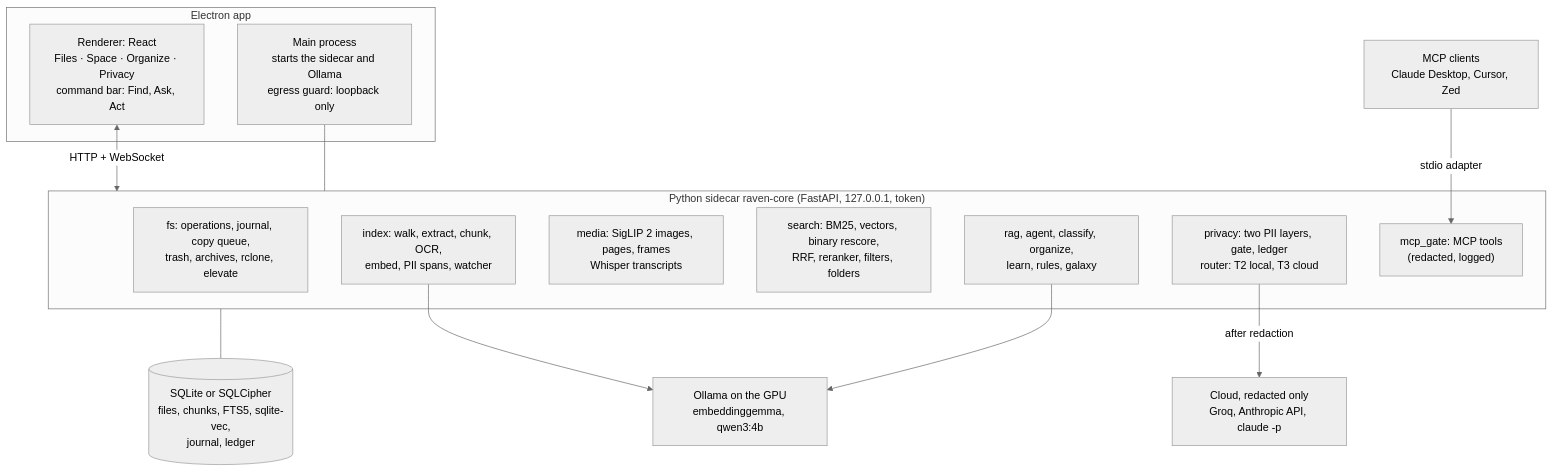
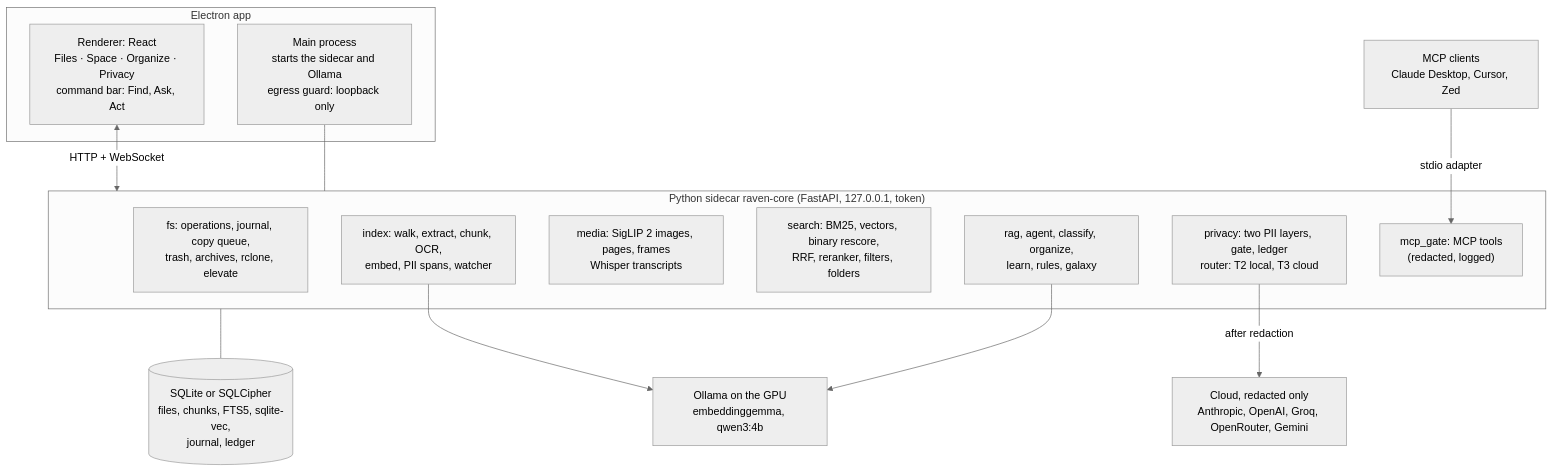
One commit to 9u3u3/Raven changed the diagram in README.md. Above: the diagram before and after it, drawn with Mermaid (neutral theme). The commit also changed other lines of this file and 45 other files, not shown here.

````diff
--- a/README.md
+++ b/README.md
@@ -154,27 +162,27 @@
 ```mermaid
 flowchart TB
   subgraph App["Electron app"]
     R["Renderer: React<br/>Files · Space · Organize · Privacy<br/>command bar: Find, Ask, Act"]
     M["Main process<br/>starts the sidecar and Ollama<br/>egress guard: loopback only"]
   end
   subgraph Core["Python sidecar raven-core (FastAPI, 127.0.0.1, token)"]
     FS["fs: operations, journal, copy queue,<br/>trash, archives, rclone, elevate"]
     IX["index: walk, extract, chunk, OCR,<br/>embed, PII spans, watcher"]
     MD["media: SigLIP 2 images, pages, frames<br/>Whisper transcripts"]
     SE["search: BM25, vectors, binary rescore,<br/>RRF, reranker, filters, folders"]
     AI["rag, agent, classify, organize,<br/>learn, rules, galaxy"]
     PV["privacy: two PII layers, gate, ledger<br/>router: T2 local, T3 cloud"]
     MC["mcp_gate: MCP tools<br/>(redacted, logged)"]
   end
   DB[("SQLite or SQLCipher<br/>files, chunks, FTS5, sqlite-vec,<br/>journal, ledger")]
   OL["Ollama on the GPU<br/>embeddinggemma, qwen3:4b"]
-  CL["Cloud, redacted only<br/>Groq, Anthropic API, claude -p"]
+  CL["Cloud, redacted only<br/>Anthropic, OpenAI, Groq, OpenRouter, Gemini"]
   EXT["MCP clients<br/>Claude Desktop, Cursor, Zed"]
   R <-->|HTTP + WebSocket| Core
   M --- Core
   Core --- DB
   IX --> OL
   AI --> OL
   PV -->|after redaction| CL
   EXT -->|stdio adapter| MC
 ```
````
